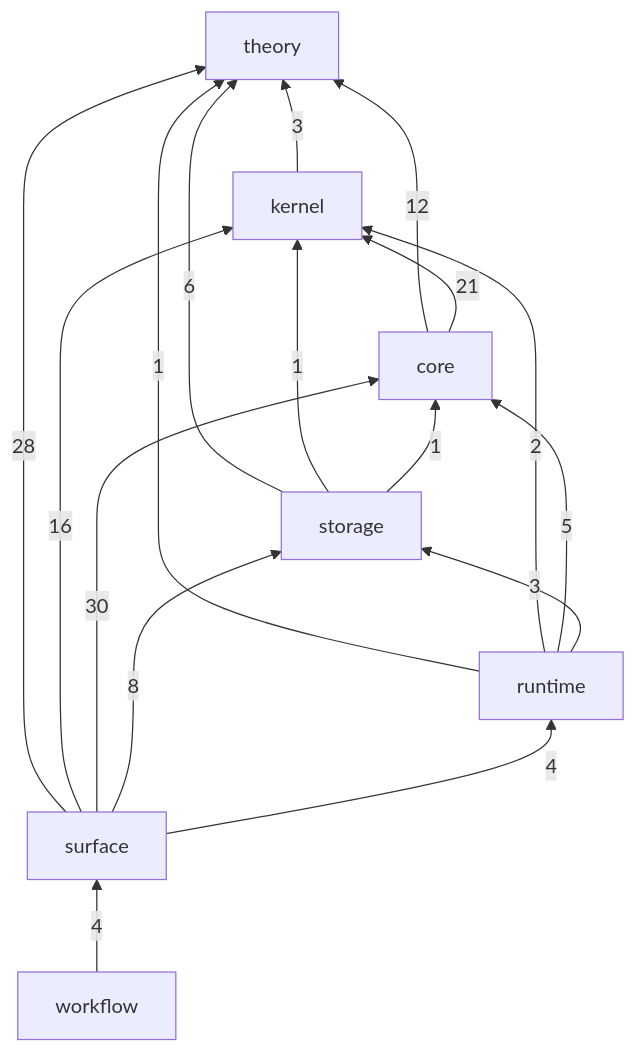
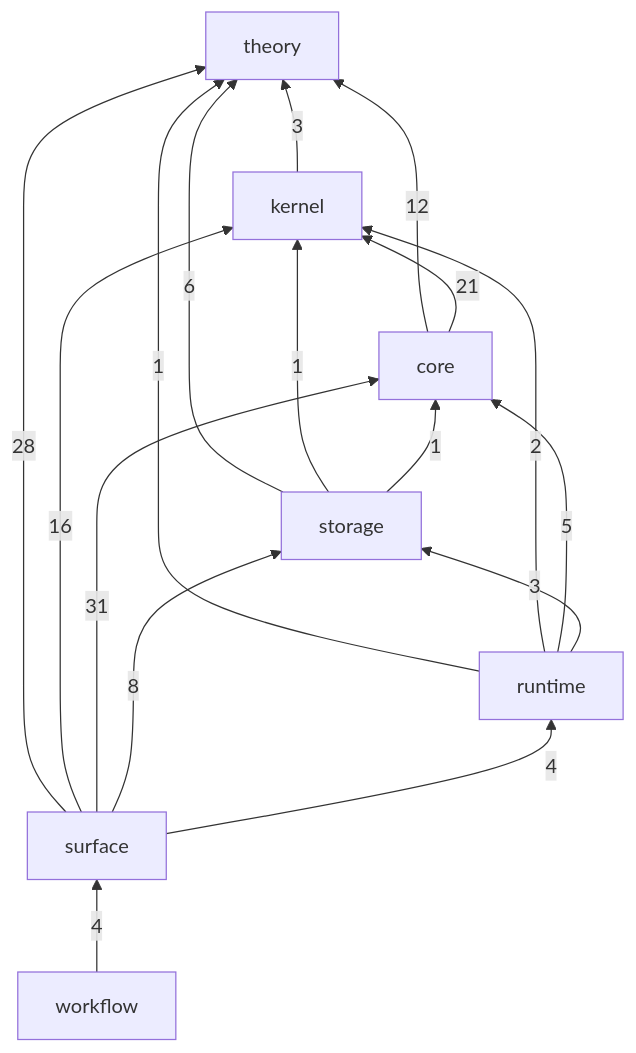
Before and after one commit to gandr-lang/gandr: the diagram in ledger/README.md, drawn with Mermaid. The commit also changed other lines of this file and 35 other files, not shown here.

````diff
--- a/ledger/README.md
+++ b/ledger/README.md
@@ -28,26 +28,26 @@
 ```mermaid
 flowchart BT
   theory
   kernel
   core
   storage
   runtime
   surface
   workflow
   kernel -->|3| theory
   core -->|12| theory
   core -->|21| kernel
   storage -->|6| theory
   storage -->|1| kernel
   storage -->|1| core
   runtime -->|1| theory
   runtime -->|2| kernel
   runtime -->|5| core
   runtime -->|3| storage
   surface -->|28| theory
   surface -->|16| kernel
-  surface -->|30| core
+  surface -->|31| core
   surface -->|8| storage
   surface -->|4| runtime
   workflow -->|4| surface
 ```
````
